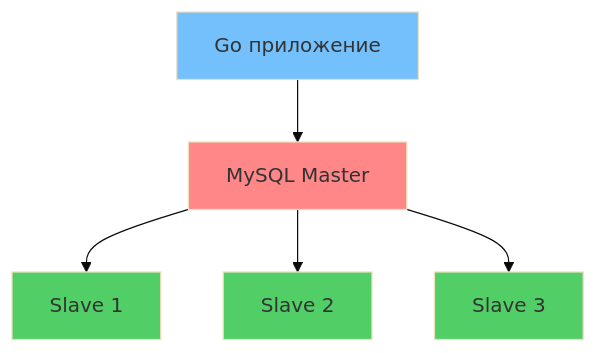
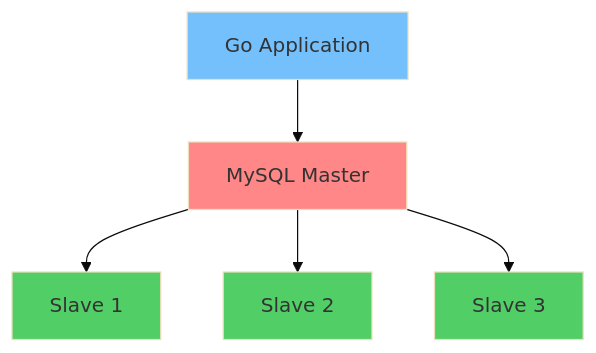
One commit to FollG/go-database-replication changed the diagram in README.md. Above: the diagram before and after it, drawn with Mermaid (base theme). The commit also changed other lines of this file, not shown here.

````diff
--- a/README.md
+++ b/README.md
@@ -24,13 +24,13 @@
 ```mermaid
 graph TB
-    A[Go приложение] --> B[MySQL Master]
+    A[Go Application] --> B[MySQL Master]
     B --> C[Slave 1]
     B --> D[Slave 2]
     B --> E[Slave 3]
     
     style A fill:#74c0fc
     style B fill:#ff8787
     style C fill:#51cf66
     style D fill:#51cf66
     style E fill:#51cf66
 ```
````
